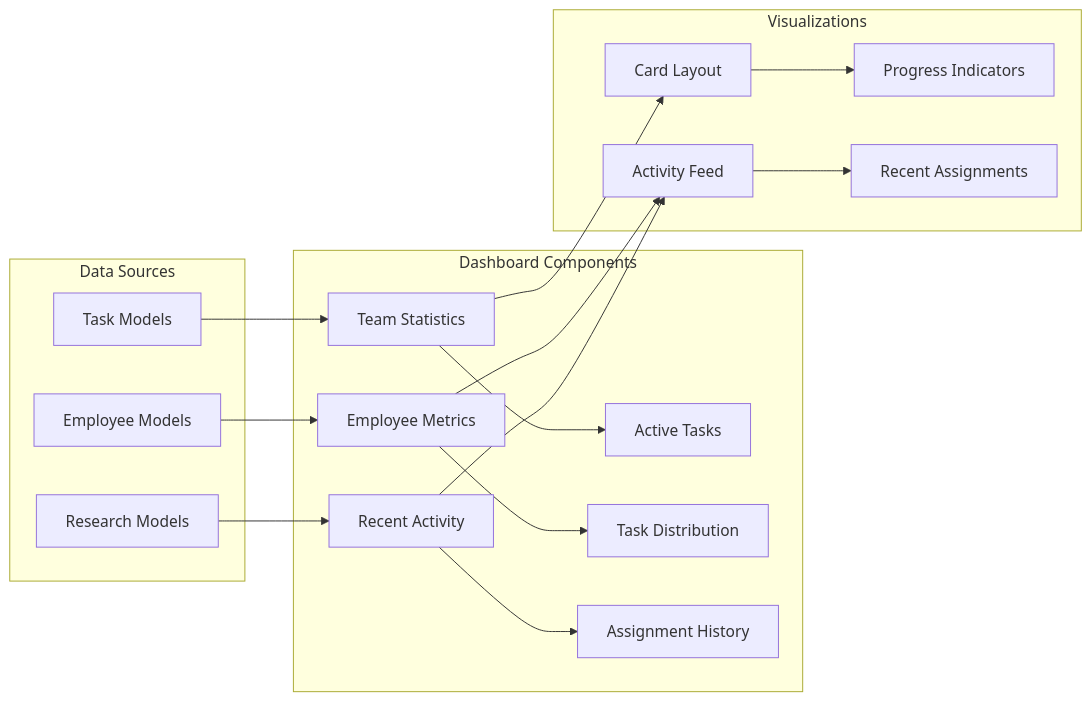
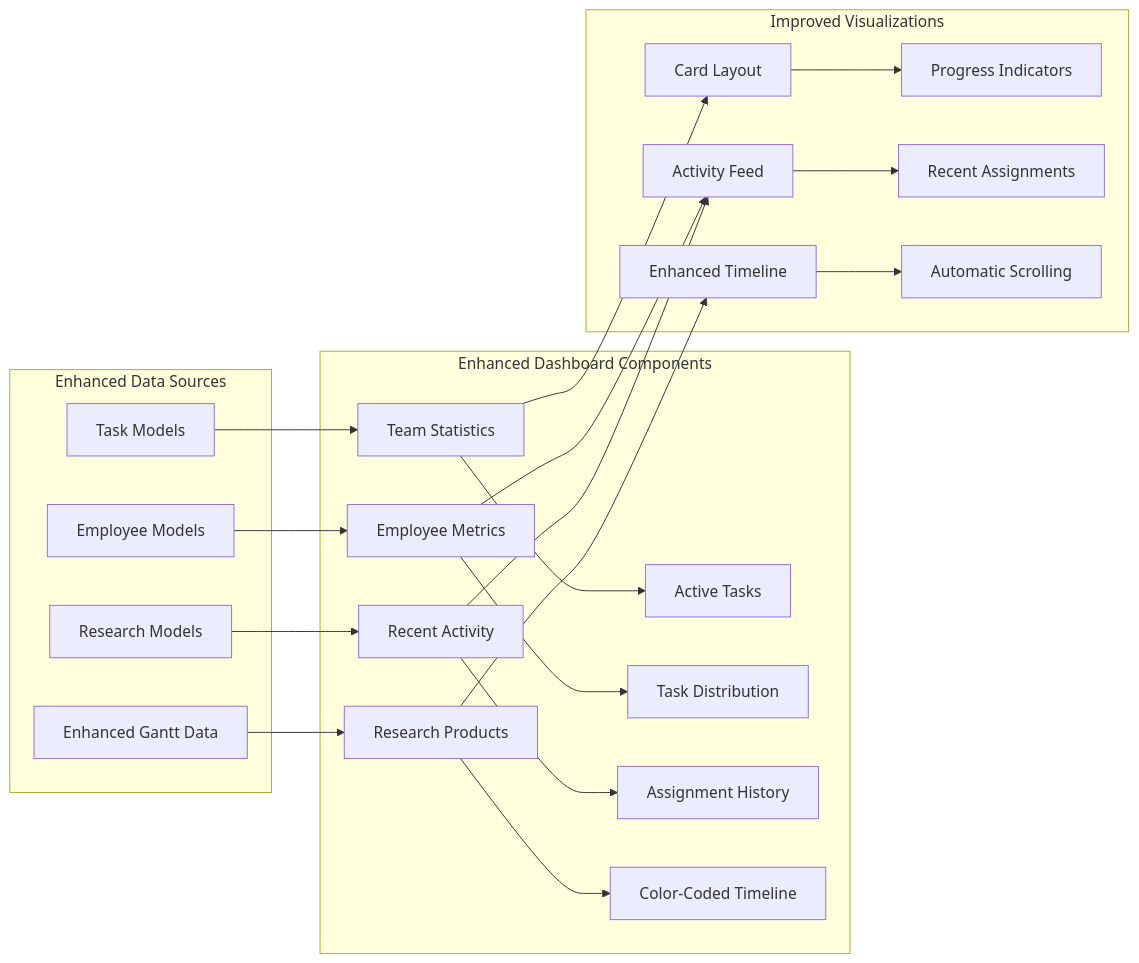
The seventh of 9 diagrams in .qoder/repowiki/en/content/User Interface and Templates/Gantt Chart Visualization System.md (Pavel9474/task_manager), drawn with Mermaid before and after one commit. The commit also changed other lines of this file and 11 other files, not shown here.

Commit message:
bars are added gantt correct, popup windows works

````diff
--- a/.qoder/repowiki/en/content/User Interface and Templates/Gantt Chart Visualization System.md
+++ b/.qoder/repowiki/en/content/User Interface and Templates/Gantt Chart Visualization System.md
@@ -318,20 +337,24 @@
 ```mermaid
 graph LR
-subgraph "Dashboard Components"
+subgraph "Enhanced Dashboard Components"
 A[Team Statistics] --> B[Active Tasks]
 C[Employee Metrics] --> D[Task Distribution]
 E[Recent Activity] --> F[Assignment History]
+G[Research Products] --> H[Color-Coded Timeline]
 end
-subgraph "Data Sources"
-G[Task Models] --> A
-H[Employee Models] --> C
-I[Research Models] --> E
+subgraph "Enhanced Data Sources"
+I[Task Models] --> A
+J[Employee Models] --> C
+K[Research Models] --> E
+L[Enhanced Gantt Data] --> G
 end
-subgraph "Visualizations"
-J[Card Layout] --> K[Progress Indicators]
-L[Activity Feed] --> M[Recent Assignments]
+subgraph "Improved Visualizations"
+M[Card Layout] --> N[Progress Indicators]
+O[Activity Feed] --> P[Recent Assignments]
+Q[Enhanced Timeline] --> R[Automatic Scrolling]
 end
-A --> J
-C --> L
-E --> L
+A --> M
+C --> O
+E --> O
+G --> Q
 ```
````
